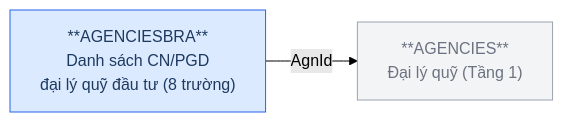
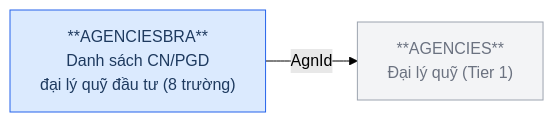
One commit to linhlvit/ubck_atomic_design changed the seventh of 16 diagrams in Silver/hld/FMS_HLD_Tier2.md. Above: the diagram before and after it, drawn with Mermaid (forest theme). The commit also changed other lines of this file and 111 other files, not shown here.

````diff
--- a/Silver/hld/FMS_HLD_Tier2.md
+++ b/Silver/hld/FMS_HLD_Tier2.md
@@ -180,10 +174,10 @@
 ```mermaid
 graph LR
     classDef src fill:#dbeafe,stroke:#2563eb,color:#1e3a5f
     classDef ref fill:#f3f4f6,stroke:#9ca3af,color:#6b7280
 
-    AGENCIES["**AGENCIES**\nĐại lý quỹ (Tầng 1)"]:::ref
+    AGENCIES["**AGENCIES**\nĐại lý quỹ (Tier 1)"]:::ref
     AGENCIESBRA["**AGENCIESBRA**\nDanh sách CN/PGD\nđại lý quỹ đầu tư (8 trường)"]:::src
 
     AGENCIESBRA -->|AgnId| AGENCIES
 ```
````
